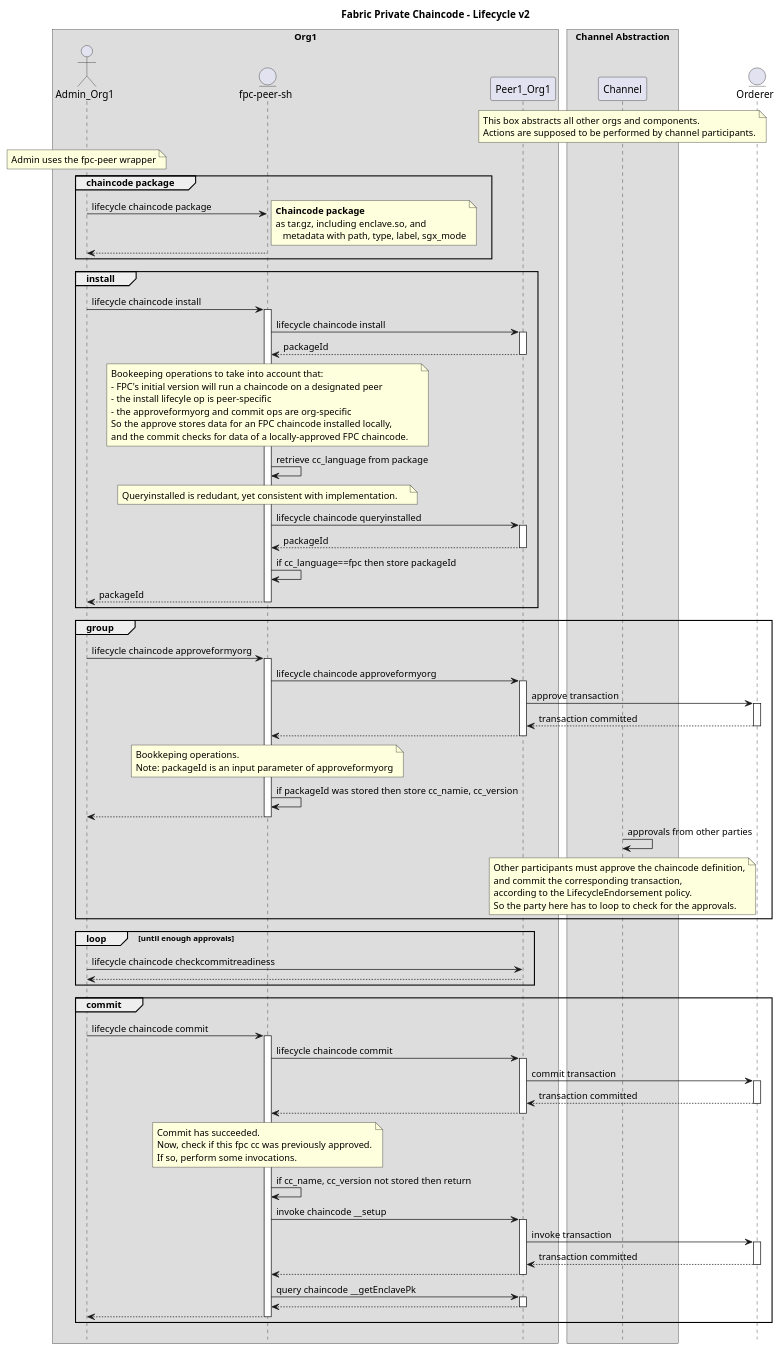
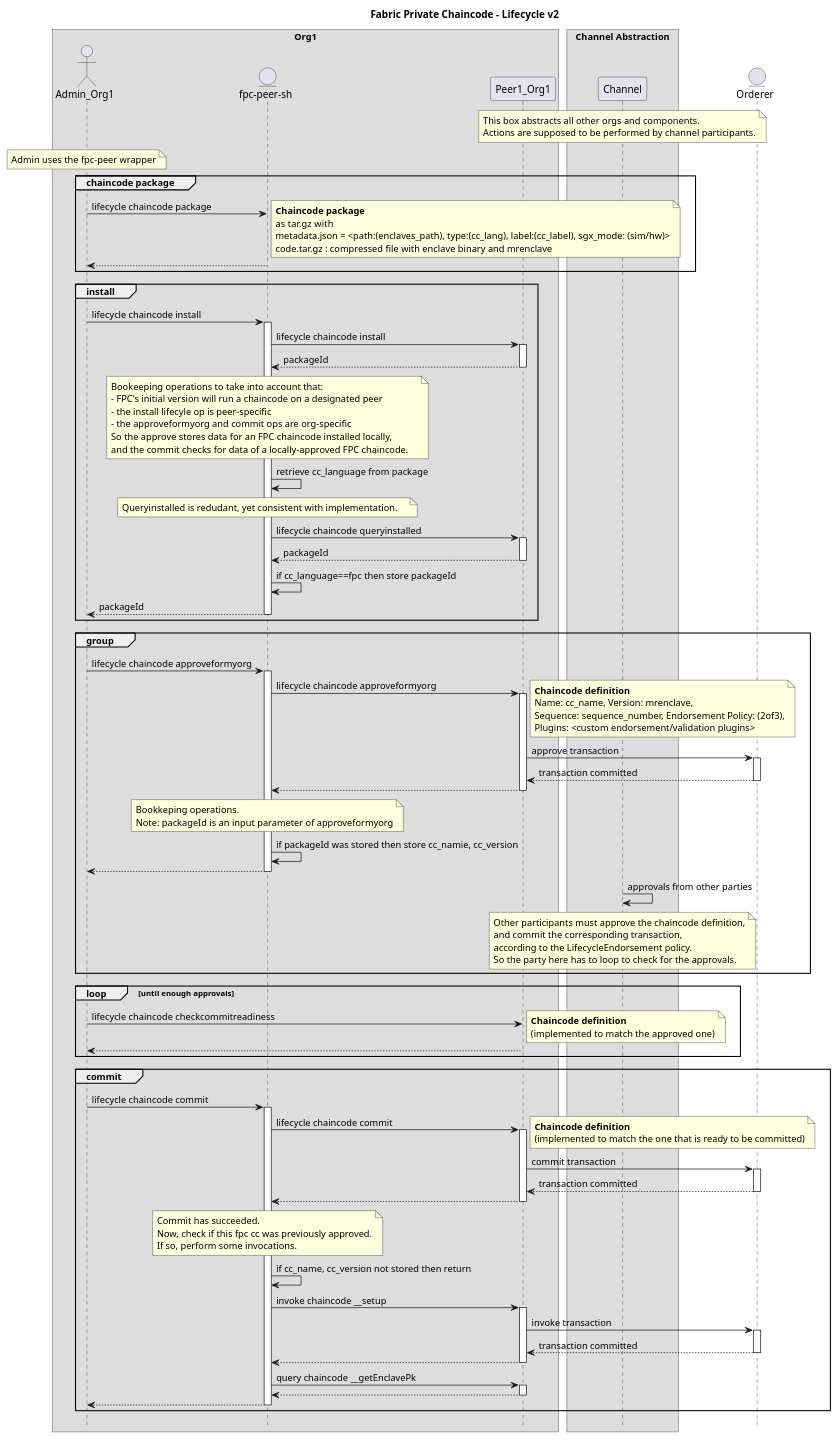
The diagram in docs/design/fabric-v2+/fpc-lifecycle-v2-new.puml (hyperledger/fabric-private-chaincode), drawn with PlantUML before and after one commit.

Commit message:
re-add chaincode package and definition boxes

```diff
--- a/docs/design/fabric-v2+/fpc-lifecycle-v2-new.puml
+++ b/docs/design/fabric-v2+/fpc-lifecycle-v2-new.puml
@@ -8,111 +8,126 @@
 @startuml
 
 !pragma teoz true
 
 hide footbox
 title Foot Box removed
 
 title Fabric Private Chaincode - Lifecycle v2
 
 box "Org1"
 actor	Admin_Org1 order 10
 entity "fpc-peer-sh" as Peer_Wrapper order 15
 participant Peer1_Org1 order 20
 end box
 
 box "Channel Abstraction"
 participant Channel order 40
 note over Channel
     This box abstracts all other orgs and components.
     Actions are supposed to be performed by channel participants.
 end note
 end box
 
 entity Orderer order 50
 
 note over Admin_Org1
     Admin uses the fpc-peer wrapper
 end note
 
 group chaincode package
 Admin_Org1 -> Peer_Wrapper : lifecycle chaincode package
 note right
-	**Chaincode package**
-	as tar.gz, including enclave.so, and
-    metadata with path, type, label, sgx_mode
+    **Chaincode package**
+    as tar.gz with
+    metadata.json = <path:(enclaves_path), type:(cc_lang), label:(cc_label), sgx_mode: (sim/hw)>
+    code.tar.gz : compressed file with enclave binary and mrenclave
 end note
 return
 end /' group chaincode package '/
 
 group install
 Admin_Org1 -> Peer_Wrapper ++: lifecycle chaincode install
 Peer_Wrapper -> Peer1_Org1 ++: lifecycle chaincode install
 return packageId
 note over Peer_Wrapper
     Bookeeping operations to take into account that:
     - FPC's initial version will run a chaincode on a designated peer
     - the install lifecyle op is peer-specific
     - the approveformyorg and commit ops are org-specific
     So the approve stores data for an FPC chaincode installed locally,
     and the commit checks for data of a locally-approved FPC chaincode.    
 end note
 Peer_Wrapper -> Peer_Wrapper : retrieve cc_language from package
 note over Peer_Wrapper
     Queryinstalled is redudant, yet consistent with implementation.    
 end note
 Peer_Wrapper -> Peer1_Org1 ++: lifecycle chaincode queryinstalled
 return packageId
 Peer_Wrapper -> Peer_Wrapper : if cc_language==fpc then store packageId
 return packageId /' Admin_Org1 -> Peer_Wrapper '/
 end /' group install '/
 
 group /' approve '/
 Admin_Org1 -> Peer_Wrapper ++: lifecycle chaincode approveformyorg
 Peer_Wrapper -> Peer1_Org1 ++: lifecycle chaincode approveformyorg
+note right
+    **Chaincode definition**
+    Name: cc_name, Version: mrenclave,
+    Sequence: sequence_number, Endorsement Policy: (2of3),
+    Plugins: <custom endorsement/validation plugins>
+end note
 Peer1_Org1 -> Orderer ++: approve transaction
 return transaction committed /' Peer1_Org1 -> Orderer '/
 return /' Peer_Wrapper -> Peer1_Org1 '/
 note over Peer_Wrapper
     Bookkeping operations.
     Note: packageId is an input parameter of approveformyorg
 end note
 Peer_Wrapper -> Peer_Wrapper : if packageId was stored then store cc_namie, cc_version
 return /' Admin_Org1 -> Peer_Wrapper '/
 
 Channel -> Channel : approvals from other parties
 note over Channel
     Other participants must approve the chaincode definition,
     and commit the corresponding transaction,
     according to the LifecycleEndorsement policy.
     So the party here has to loop to check for the approvals.
 end note
 
 end /' group approve '/
 
 loop until enough approvals
 	Admin_Org1 -> Peer1_Org1 : lifecycle chaincode checkcommitreadiness
+note right
+    **Chaincode definition**
+    (implemented to match the approved one)
+end note
     return
 end
 
 group commit
 Admin_Org1 -> Peer_Wrapper ++:lifecycle chaincode commit
 Peer_Wrapper -> Peer1_Org1 ++: lifecycle chaincode commit
+note right
+    **Chaincode definition**
+    (implemented to match the one that is ready to be committed)
+end note
 Peer1_Org1 -> Orderer ++: commit transaction
 return transaction committed /' Peer1_Org1 -> Orderer '/
 return /' Peer_Wrapper -> Peer1_Org1 '/
 note over Peer_Wrapper
     Commit has succeeded.
     Now, check if this fpc cc was previously approved.
     If so, perform some invocations.
 end note
 Peer_Wrapper -> Peer_Wrapper : if cc_name, cc_version not stored then return
 Peer_Wrapper -> Peer1_Org1 ++: invoke chaincode __setup
 Peer1_Org1 -> Orderer ++: invoke transaction
 return transaction committed
 return /' Peer_Wrapper -> Peer1_Org1 '/
 Peer_Wrapper -> Peer1_Org1 ++: query chaincode __getEnclavePk
 return /' Peer_Wrapper -> Peer1_Org1 '/
 return /' Admin_Org1 -> Peer_Wrapper '/
 end /' group commit '/
 
 @enduml
```
